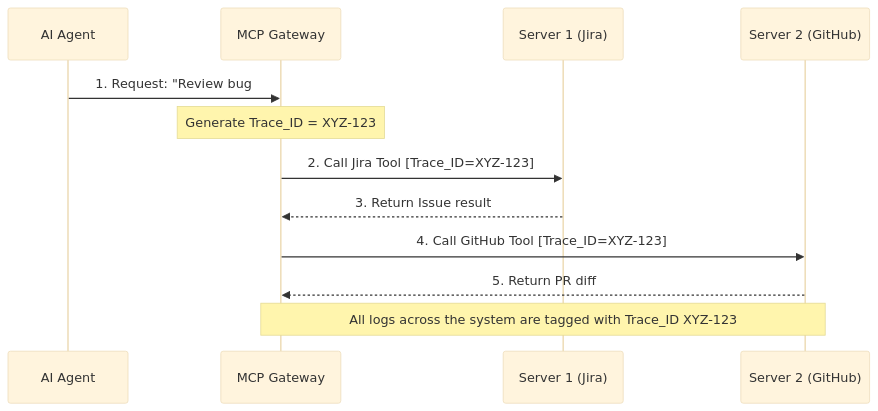
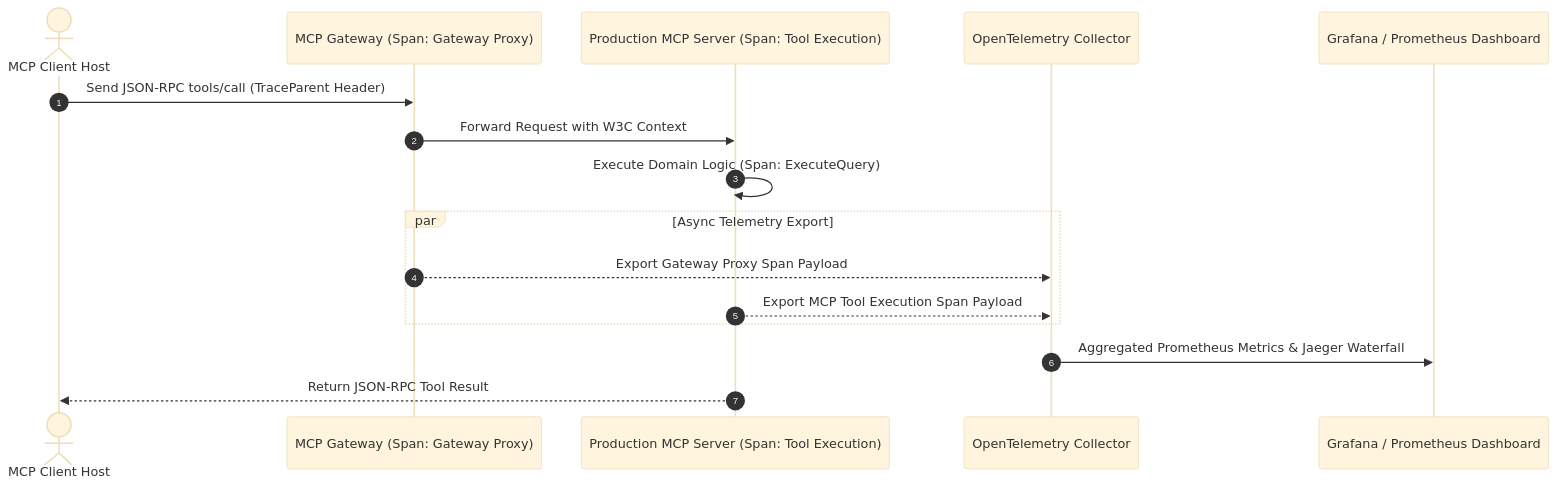
Before and after one commit to vesviet/vesviet: the diagram in content/series/mcp-engineering-in-production/part-6-observability.md, drawn with Mermaid (base theme). The commit also changed other lines of this file and 180 other files, not shown here.

Commit message:
content: execute Sprint 1 refresh across 162 Tier 2 candidate articles (word count, GEO/AEO, benchmarks, frontmatter, internal links)

````diff
--- a/content/series/mcp-engineering-in-production/part-6-observability.md
+++ b/content/series/mcp-engineering-in-production/part-6-observability.md
@@ -61,15 +42,22 @@
 ```mermaid
 sequenceDiagram
-    participant Agent as AI Agent
-    participant Gateway as MCP Gateway
-    participant S1 as Server 1 (Jira)
-    participant S2 as Server 2 (GitHub)
+    autonumber
+    actor Host as MCP Client Host
+    participant Gateway as MCP Gateway (Span: Gateway Proxy)
+    participant Server as Production MCP Server (Span: Tool Execution)
+    participant OTel as OpenTelemetry Collector
+    participant Grafana as Grafana / Prometheus Dashboard
 
-    Agent->>Gateway: 1. Request: "Review bug #123"
-    Note over Gateway: Generate Trace_ID = XYZ-123
-    Gateway->>S1: 2. Call Jira Tool [Trace_ID=XYZ-123]
-    S1-->>Gateway: 3. Return Issue result
-    Gateway->>S2: 4. Call GitHub Tool [Trace_ID=XYZ-123]
-    S2-->>Gateway: 5. Return PR diff
-    Note over Gateway,S2: All logs across the system are tagged with Trace_ID XYZ-123
+    Host->>Gateway: Send JSON-RPC tools/call (TraceParent Header)
+    Gateway->>Server: Forward Request with W3C Context
+    
+    Server->>Server: Execute Domain Logic (Span: ExecuteQuery)
+    
+    par Async Telemetry Export
+        Gateway-->>OTel: Export Gateway Proxy Span Payload
+        Server-->>OTel: Export MCP Tool Execution Span Payload
+    end
+
+    OTel->>Grafana: Aggregated Prometheus Metrics & Jaeger Waterfall
+    Server-->>Host: Return JSON-RPC Tool Result
 ```
````
